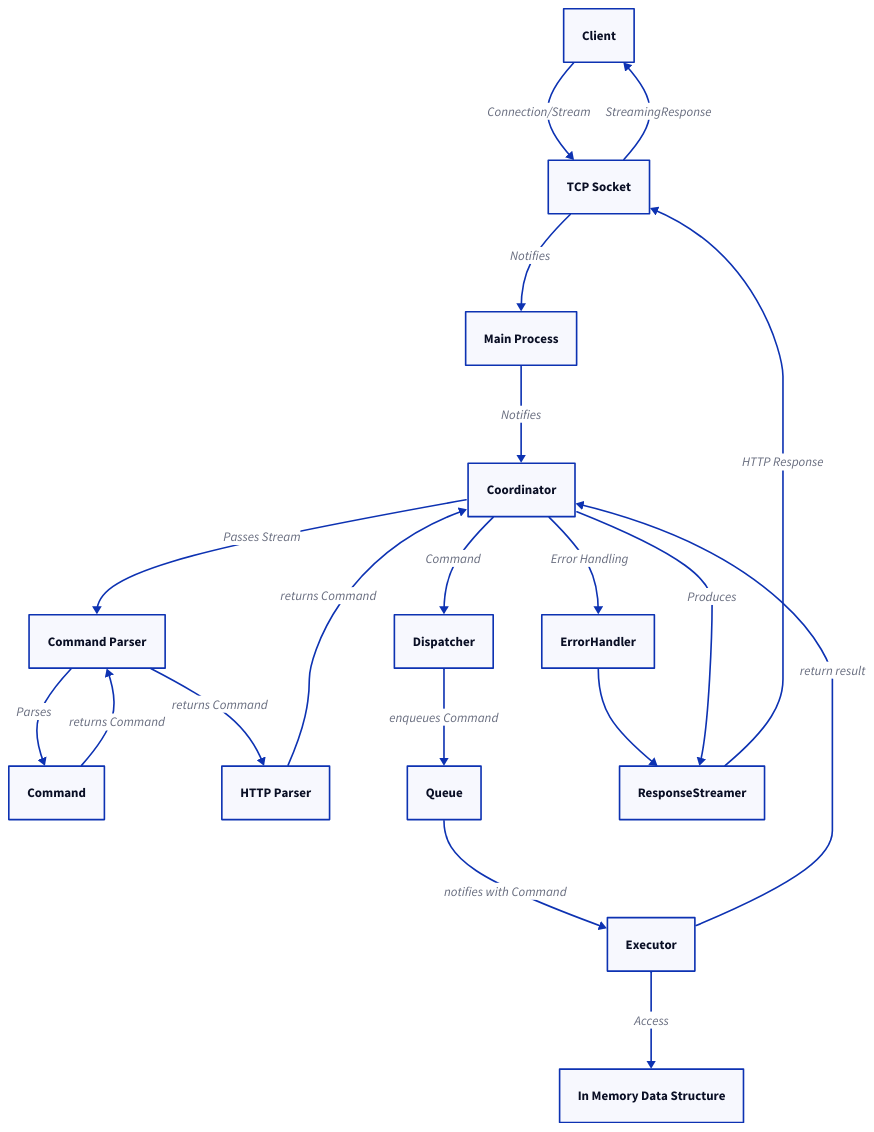
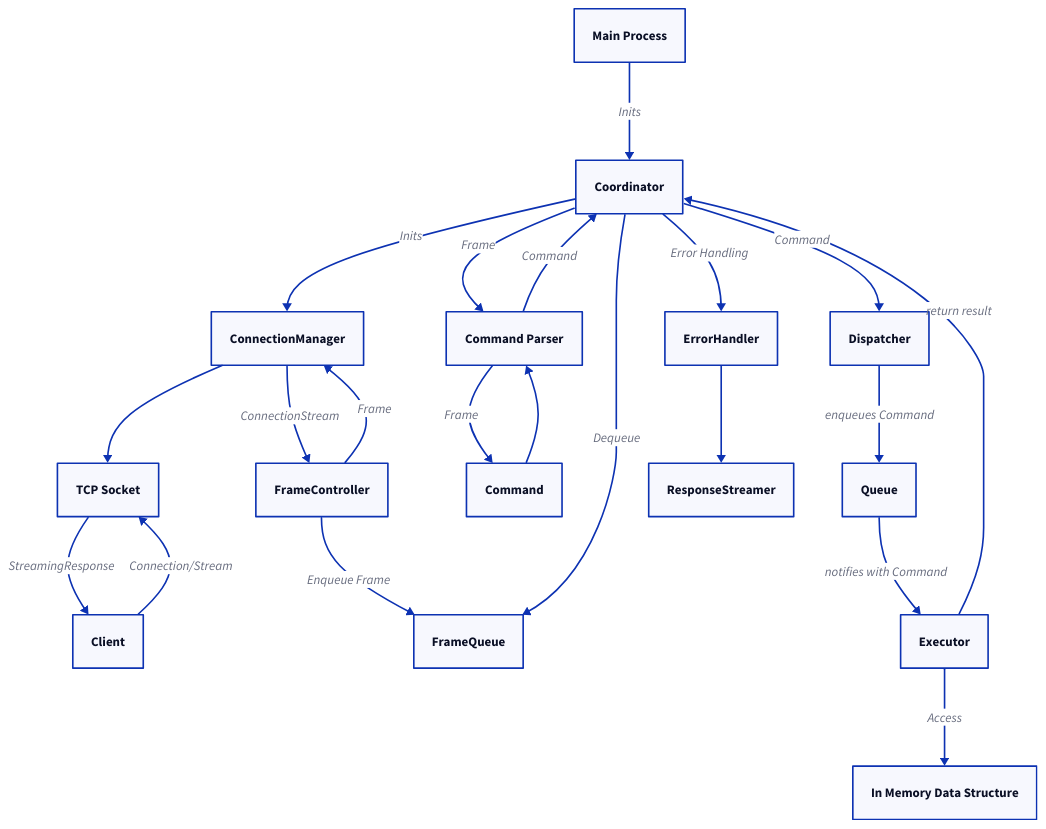
One commit to paolorechia/mini-redis changed the diagram in docs/diagrams/component_design.d2. Above: the diagram before and after it, drawn with D2. The commit also changed 4 other files, not shown here.

```diff
--- a/docs/diagrams/component_design.d2
+++ b/docs/diagrams/component_design.d2
@@ -1,20 +1,28 @@
+Coordinator -> ConnectionManager: Inits
 Client -> TCP Socket: Connection/Stream
-Coordinator -> Command Parser: Passes Stream
-Command Parser -> Command: Parses
+ConnectionManager -> TCP Socket
+ConnectionManager -> FrameController: ConnectionStream
+FrameController -> ConnectionManager: Frame
+FrameController -> FrameQueue: Enqueue Frame
+
+TCP Socket --> Client: StreamingResponse
+Main Process -> Coordinator: Inits
 
 
-TCP Socket --> Client: StreamingResponse
-TCP Socket --> Main Process: Notifies
-Main Process -> Coordinator: Notifies
+Command Parser -> Command: Frame
+Command Parser -> Coordinator: Command
 
-Command -> Command Parser -> HTTP Parser -> Coordinator: returns Command
-Coordinator --> Dispatcher: Command 
-Dispatcher --> Queue: enqueues Command
+Command -> Command Parser
 Queue --> Executor: notifies with Command
 Executor --> In Memory Data Structure: Access
 Executor --> Coordinator: return result
 
+Coordinator -> FrameQueue: Dequeue
+Coordinator -> Command Parser: Frame
+Coordinator --> Dispatcher: Command 
 Coordinator -> ErrorHandler: Error Handling
+
+
 ErrorHandler -> ResponseStreamer
-Coordinator -> ResponseStreamer: Produces
-ResponseStreamer -> TCP Socket: HTTP Response
+
+Dispatcher --> Queue: enqueues Command
```
